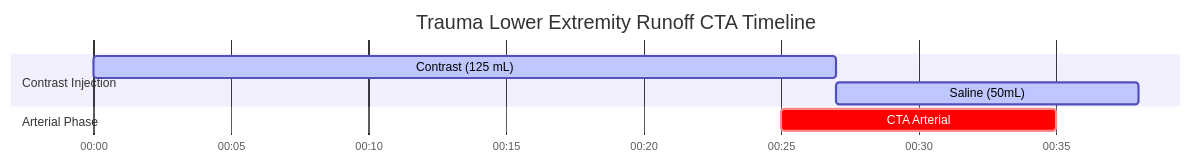
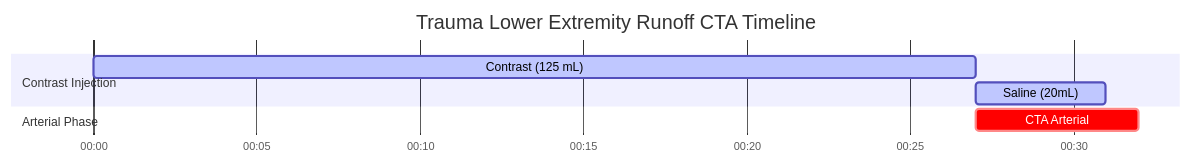
Before and after one commit to dfergs93/radiology-protocols: the diagram in docs/ct/trauma/trauma-lower-extremity-runoff-cta.md, drawn with Mermaid. The commit also changed other lines of this file and 113 other files, not shown here.

````diff
--- a/docs/ct/trauma/trauma-lower-extremity-runoff-cta.md
+++ b/docs/ct/trauma/trauma-lower-extremity-runoff-cta.md
@@ -83,16 +84,16 @@
   ```mermaid
   ---
   config:
     theme: default
   ---
     gantt
       title Trauma Lower Extremity Runoff CTA Timeline
       dateFormat mm:ss
       axisFormat %M:%S 
       
       section Contrast Injection
       Contrast (125 mL)    :active, contrast, 00:00, 27s
-      Saline (50mL)          :active, saline, after contrast, 11s
+      Saline (20mL)          :active, saline, after contrast, 4s
       section Arterial Phase
-      CTA Arterial    :crit, scan1, 00:25, 10s
+      CTA Arterial    :crit, scan1, after contrast, 5s
   ```
````
